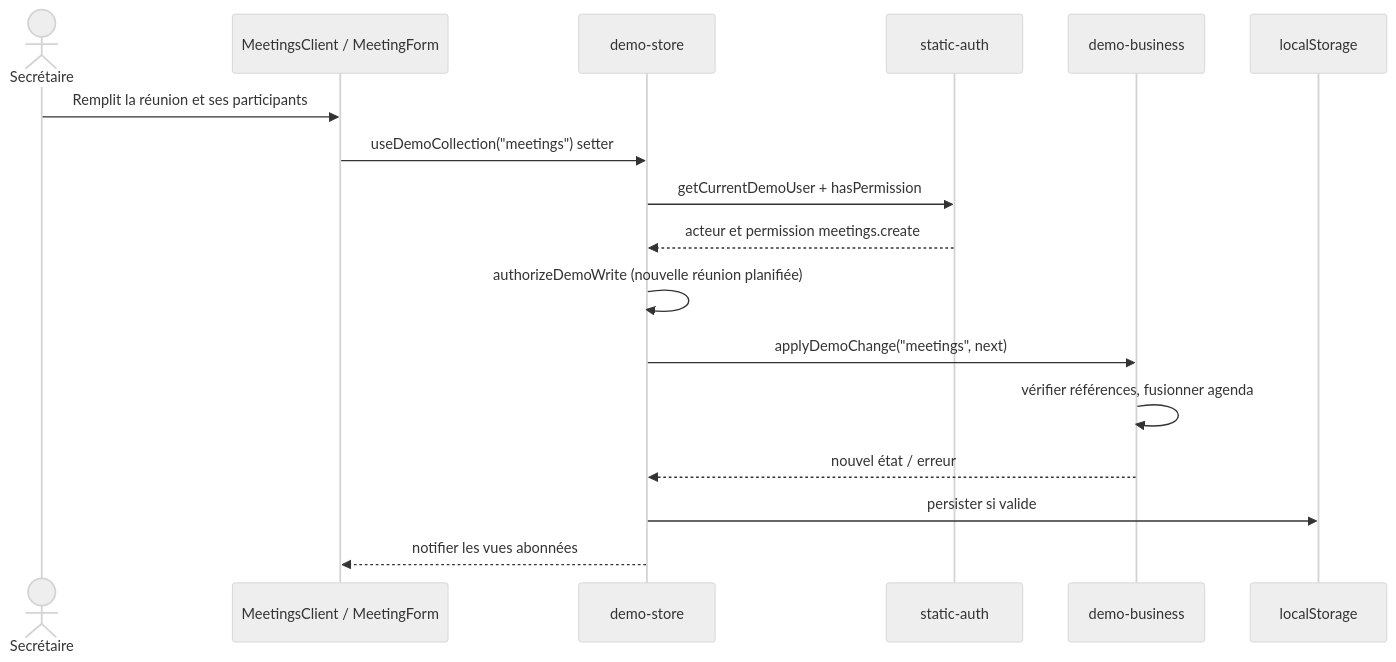
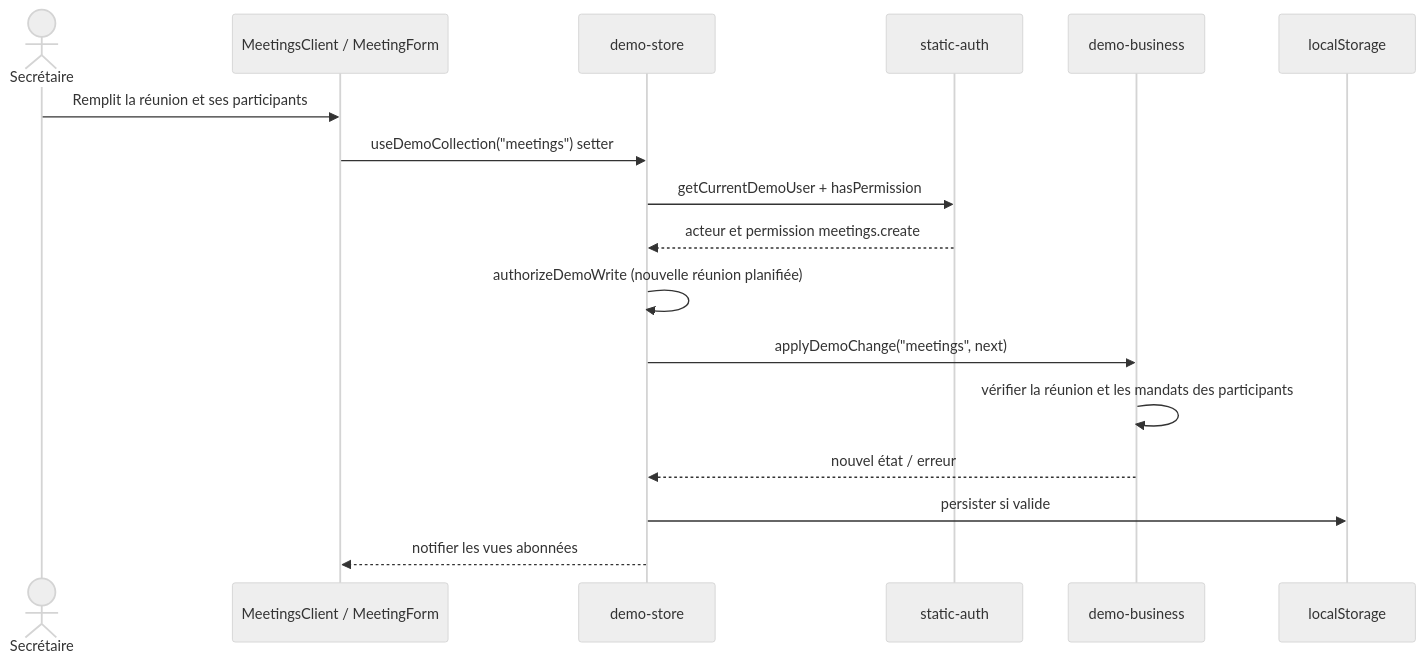
One commit to nassimbelaid-dev/devrangers-projet-devops changed the third of 8 diagrams in docs/ARCHITECTURE.md. Above: the diagram before and after it, drawn with Mermaid (neutral theme). The commit also changed other lines of this file and 8 other files, not shown here.

````diff
--- a/docs/ARCHITECTURE.md
+++ b/docs/ARCHITECTURE.md
@@ -382,19 +382,19 @@
 ```mermaid
 sequenceDiagram
   actor S as Secrétaire
   participant UI as MeetingsClient / MeetingForm
   participant Store as demo-store
   participant Auth as static-auth
   participant Biz as demo-business
   participant LS as localStorage
   S->>UI: Remplit la réunion et ses participants
   UI->>Store: useDemoCollection("meetings") setter
   Store->>Auth: getCurrentDemoUser + hasPermission
   Auth-->>Store: acteur et permission meetings.create
   Store->>Store: authorizeDemoWrite (nouvelle réunion planifiée)
   Store->>Biz: applyDemoChange("meetings", next)
-  Biz->>Biz: vérifier références, fusionner agenda
+  Biz->>Biz: vérifier la réunion et les mandats des participants
   Biz-->>Store: nouvel état / erreur
   Store->>LS: persister si valide
   Store-->>UI: notifier les vues abonnées
 ```
````
